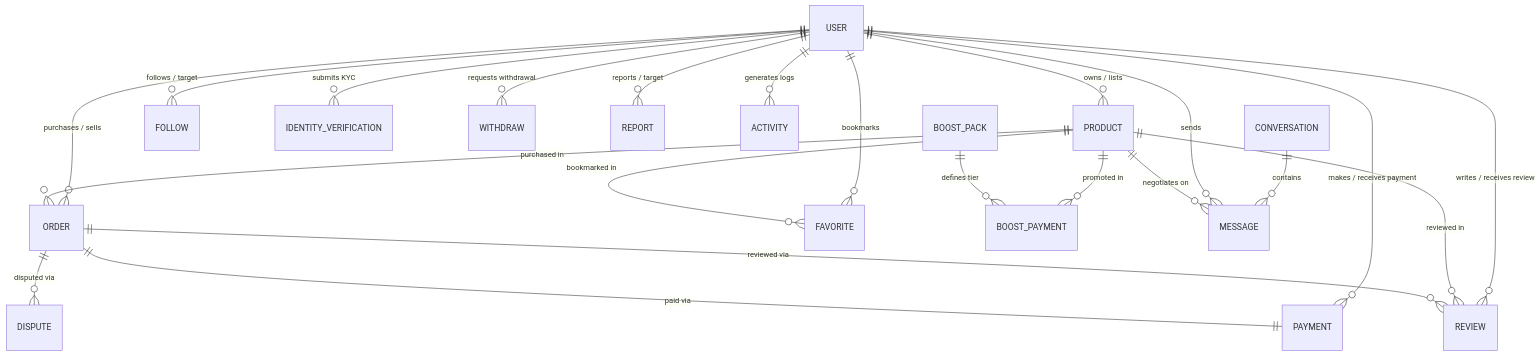
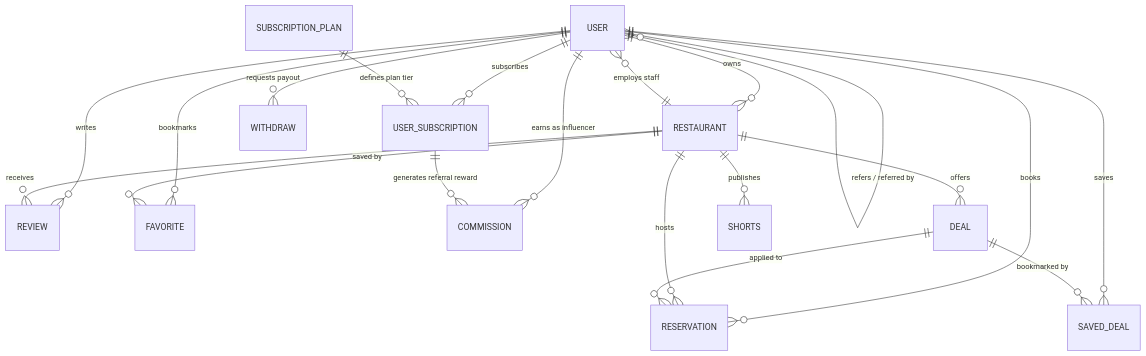
The diagram in README.md (apponislam/djarna_app_backend), drawn with Mermaid before and after one commit. The commit also changed other lines of this file, not shown here.

Commit message:
database schema updated

````diff
--- a/README.md
+++ b/README.md
@@ -105,24 +105,25 @@
 ```mermaid
 erDiagram
-    USER ||--o{ PRODUCT : "owns / lists"
-    USER ||--o{ ORDER : "purchases / sells"
-    USER ||--o{ PAYMENT : "makes / receives payment"
+    USER ||--o{ RESTAURANT : "owns"
+    USER ||--o{ RESERVATION : "books"
+    USER ||--o{ USER_SUBSCRIPTION : "subscribes"
+    USER ||--o{ REVIEW : "writes"
     USER ||--o{ FAVORITE : "bookmarks"
-    USER ||--o{ FOLLOW : "follows / target"
-    USER ||--o{ IDENTITY_VERIFICATION : "submits KYC"
-    USER ||--o{ WITHDRAW : "requests withdrawal"
-    USER ||--o{ REPORT : "reports / target"
-    USER ||--o{ REVIEW : "writes / receives review"
-    USER ||--o{ ACTIVITY : "generates logs"
-    PRODUCT ||--o{ ORDER : "purchased in"
-    PRODUCT ||--o{ FAVORITE : "bookmarked in"
-    PRODUCT ||--o{ REVIEW : "reviewed in"
-    PRODUCT ||--o{ BOOST_PAYMENT : "promoted in"
-    ORDER ||--|| PAYMENT : "paid via"
-    ORDER ||--o{ DISPUTE : "disputed via"
-    ORDER ||--o{ REVIEW : "reviewed via"
-    CONVERSATION ||--o{ MESSAGE : "contains"
-    USER ||--o{ MESSAGE : "sends"
-    PRODUCT ||--o{ MESSAGE : "negotiates on"
-    BOOST_PACK ||--o{ BOOST_PAYMENT : "defines tier"
+    USER ||--o{ SAVED_DEAL : "saves"
+    USER ||--o{ COMMISSION : "earns as influencer"
+    USER ||--o{ WITHDRAW : "requests payout"
+    USER ||--o{ USER : "refers / referred by"
+
+    RESTAURANT ||--o{ USER : "employs staff"
+    RESTAURANT ||--o{ DEAL : "offers"
+    RESTAURANT ||--o{ RESERVATION : "hosts"
+    RESTAURANT ||--o{ SHORTS : "publishes"
+    RESTAURANT ||--o{ REVIEW : "receives"
+    RESTAURANT ||--o{ FAVORITE : "saved by"
+
+    DEAL ||--o{ RESERVATION : "applied to"
+    DEAL ||--o{ SAVED_DEAL : "bookmarked by"
+
+    SUBSCRIPTION_PLAN ||--o{ USER_SUBSCRIPTION : "defines plan tier"
+    USER_SUBSCRIPTION ||--o{ COMMISSION : "generates referral reward"
 ```
````
